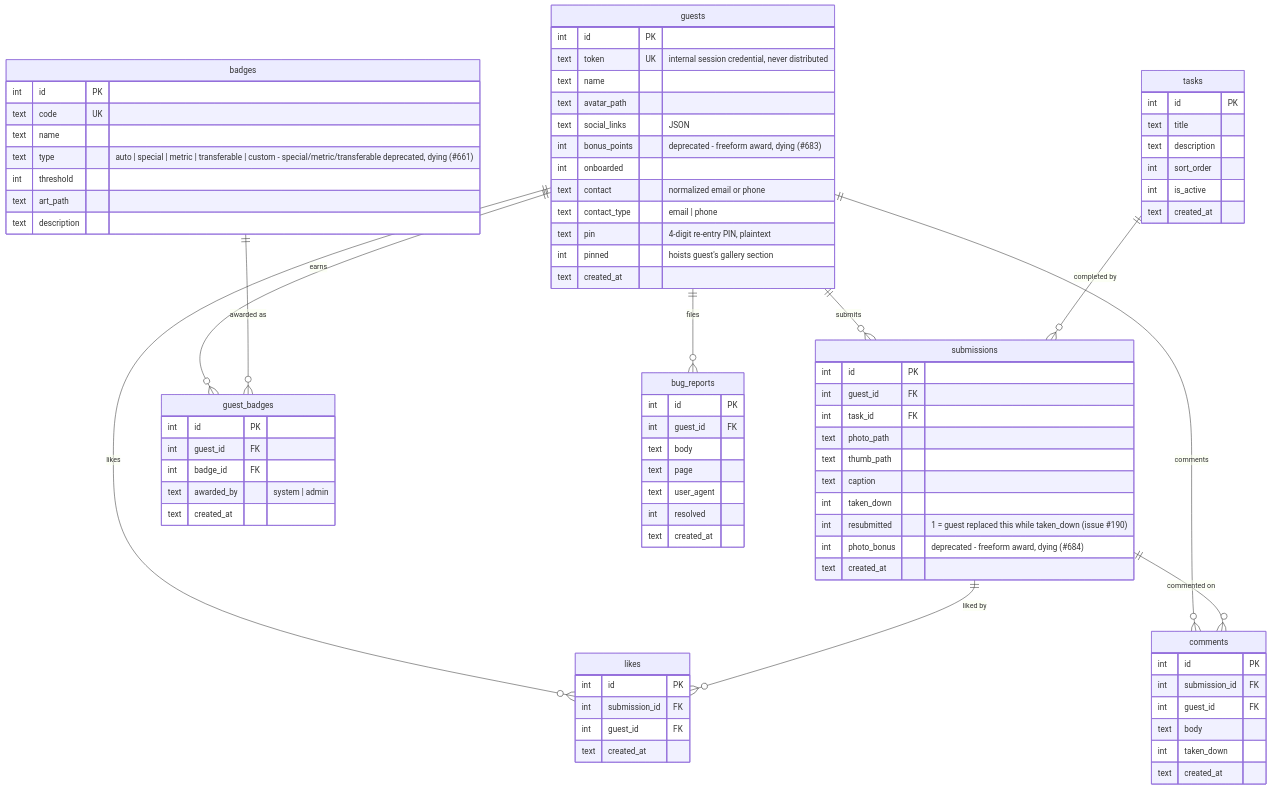
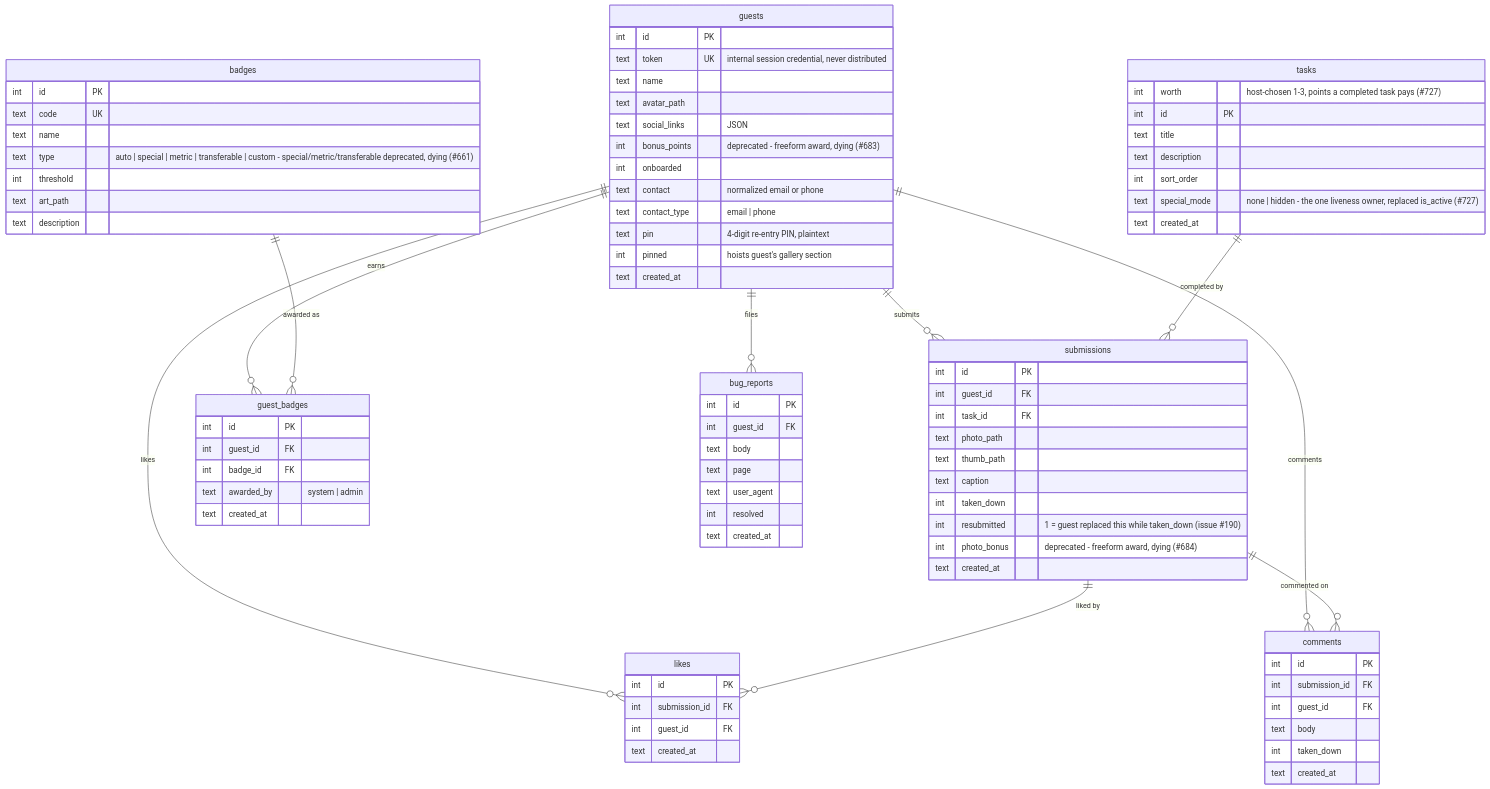
One commit to TrevorHumble/TaskMasterWedding changed the second of 2 diagrams in docs/architecture.md. Above: the diagram before and after it, drawn with Mermaid. The commit also changed 34 other files, not shown here.

First line of the commit message:
feat(tasks): worth + special_mode engine, one active-task owner (#727)

```diff
--- a/docs/architecture.md
+++ b/docs/architecture.md
@@ -79,11 +79,12 @@
         text created_at
     }
     tasks {
+        int worth "host-chosen 1-3, points a completed task pays (#727)"
         int id PK
         text title
         text description
         int sort_order
-        int is_active
+        text special_mode "none | hidden - the one liveness owner, replaced is_active (#727)"
         text created_at
     }
     submissions {
```
